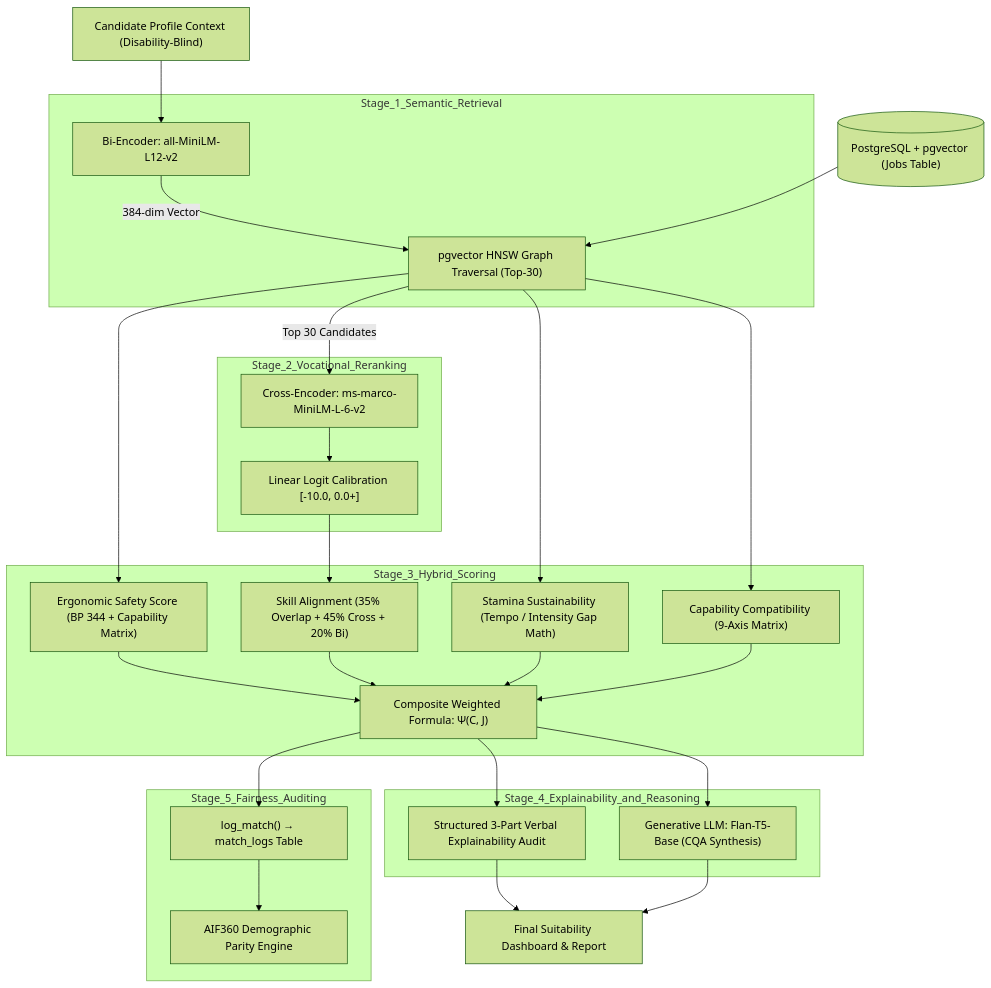
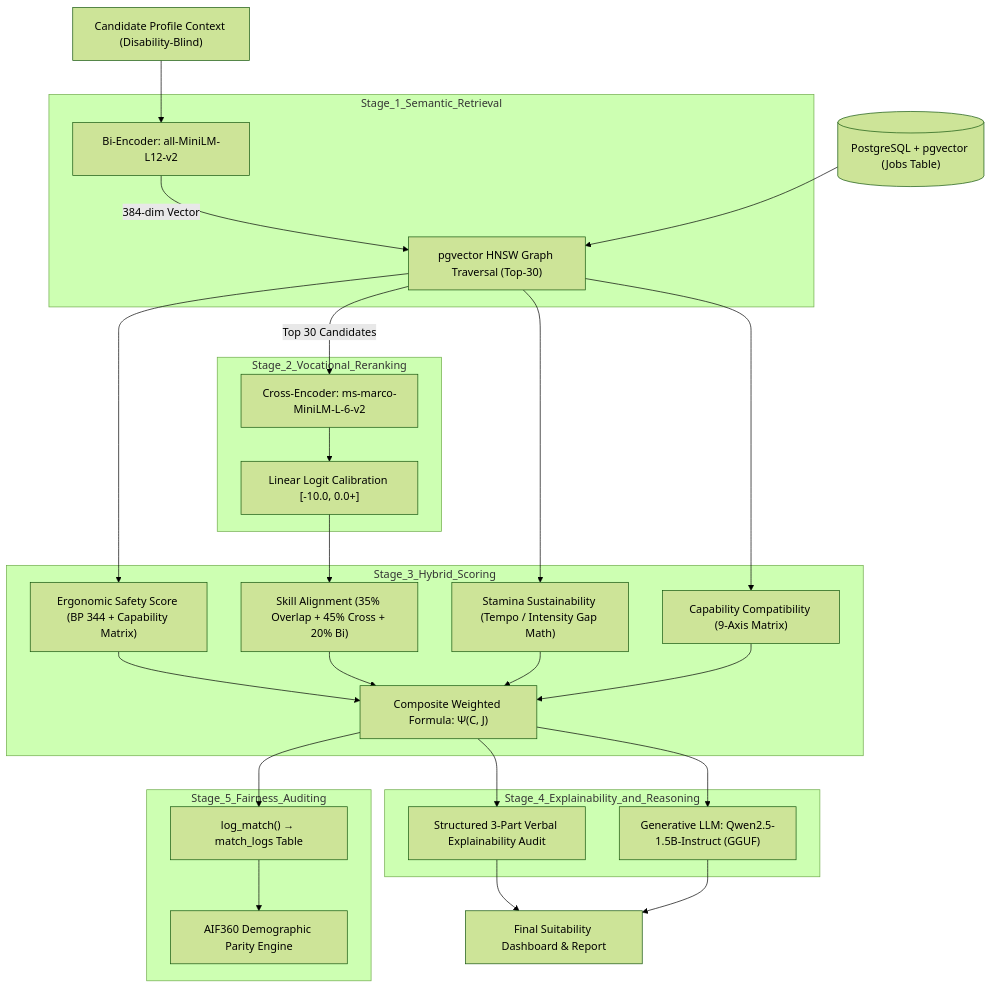
One commit to AetherrAkuma/UPLIFT-Thesis changed the third of 3 diagrams in ARCHITECTURAL_WALKTHROUGH.md. Above: the diagram before and after it, drawn with Mermaid (forest theme). The commit also changed other lines of this file and 37 other files, not shown here.

````diff
--- a/ARCHITECTURAL_WALKTHROUGH.md
+++ b/ARCHITECTURAL_WALKTHROUGH.md
@@ -516,55 +516,55 @@
 ```mermaid
 flowchart TD
     Candidate["Candidate Profile Context (Disability-Blind)"]
     JobsDB[("PostgreSQL + pgvector (Jobs Table)")]
 
     subgraph Stage_1_Semantic_Retrieval
         BE["Bi-Encoder: all-MiniLM-L12-v2"]
         HNSW["pgvector HNSW Graph Traversal (Top-30)"]
     end
 
     subgraph Stage_2_Vocational_Reranking
         CE["Cross-Encoder: ms-marco-MiniLM-L-6-v2"]
         CALIB["Linear Logit Calibration [-10.0, 0.0+]"]
     end
 
     subgraph Stage_3_Hybrid_Scoring
         SAFETY["Ergonomic Safety Score (BP 344 + Capability Matrix)"]
         SKILL["Skill Alignment (35% Overlap + 45% Cross + 20% Bi)"]
         STAMINA["Stamina Sustainability (Tempo / Intensity Gap Math)"]
         COMPAT["Capability Compatibility (9-Axis Matrix)"]
         COMPOSITE["Composite Weighted Formula: Ψ(C, J)"]
     end
 
     subgraph Stage_4_Explainability_and_Reasoning
         AUDIT["Structured 3-Part Verbal Explainability Audit"]
-        LLM["Generative LLM: Flan-T5-Base (CQA Synthesis)"]
+        LLM["Generative LLM: Qwen2.5-1.5B-Instruct (GGUF)"]
     end
 
     subgraph Stage_5_Fairness_Auditing
         LOG["log_match() → match_logs Table"]
         AIF["AIF360 Demographic Parity Engine"]
     end
 
     Candidate --> BE
     BE -- "384-dim Vector" --> HNSW
     JobsDB --> HNSW
     HNSW -- "Top 30 Candidates" --> CE
     CE --> CALIB
     CALIB --> SKILL
 
     HNSW --> SAFETY
     HNSW --> STAMINA
     HNSW --> COMPAT
     SAFETY --> COMPOSITE
     SKILL --> COMPOSITE
     STAMINA --> COMPOSITE
     COMPAT --> COMPOSITE
 
     COMPOSITE --> AUDIT
     COMPOSITE --> LLM
     AUDIT --> Results["Final Suitability Dashboard & Report"]
     LLM --> Results
     COMPOSITE --> LOG
     LOG --> AIF
 ```
````
